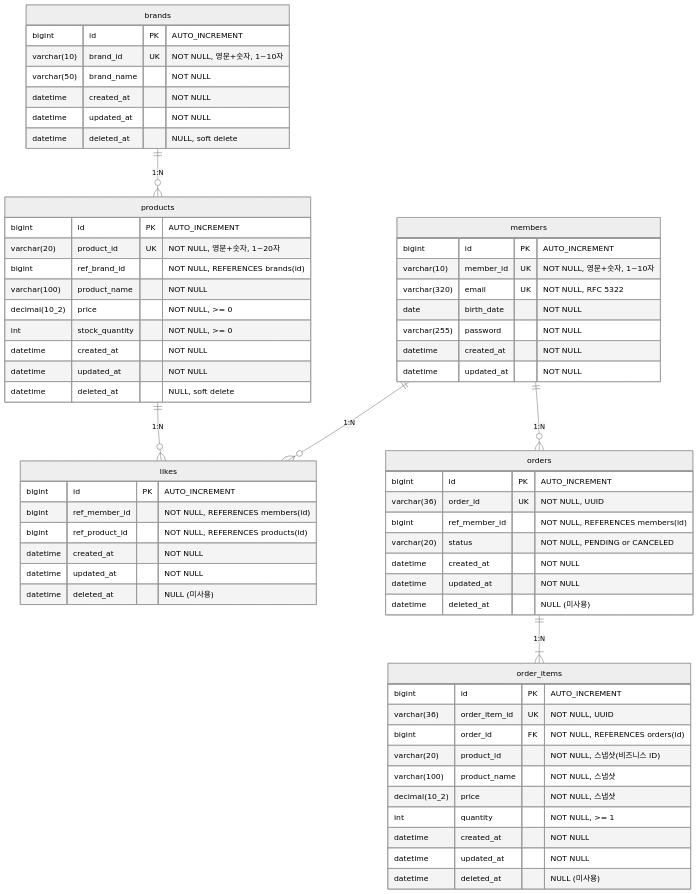
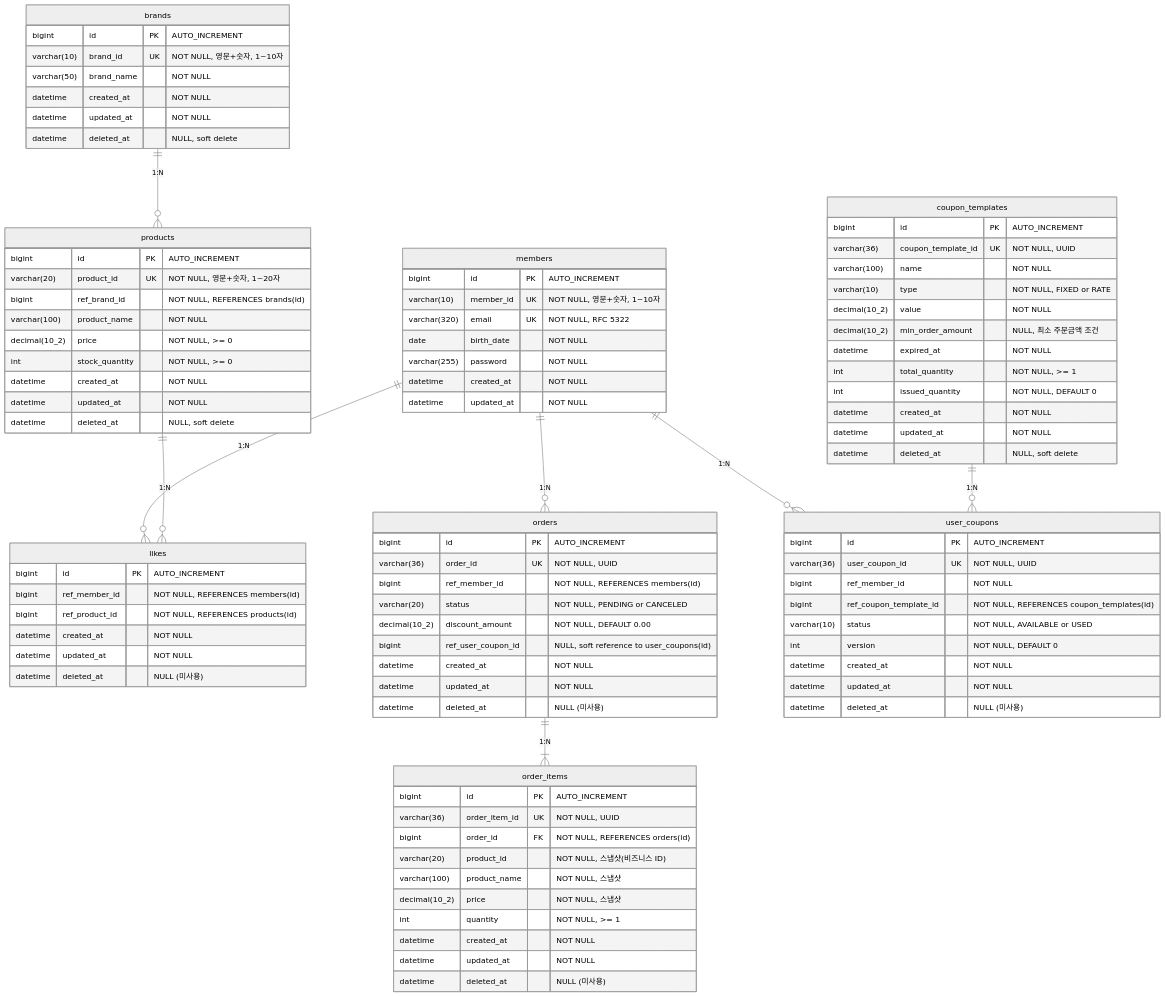
One commit to YoHanKi/loop-pack-be-l2-vol3-java changed the diagram in docs/design/04-erd.md. Above: the diagram before and after it, drawn with Mermaid (neutral theme). The commit also changed other lines of this file and 5 other files, not shown here.

Commit message:
docs: 쿠폰 도메인 요구사항/ERD 업데이트, analyze-query SKILL, .http 파일 추가

```diff
--- a/docs/design/04-erd.md
+++ b/docs/design/04-erd.md
@@ -22,9 +22,11 @@
 erDiagram
     members ||--o{ likes : "1:N"
     members ||--o{ orders : "1:N"
+    members ||--o{ user_coupons : "1:N"
     brands ||--o{ products : "1:N"
     products ||--o{ likes : "1:N"
     orders ||--|{ order_items : "1:N"
+    coupon_templates ||--o{ user_coupons : "1:N"
 
     members {
         bigint id PK "AUTO_INCREMENT"
@@ -66,11 +68,40 @@
         datetime deleted_at "NULL (미사용)"
     }
 
+    coupon_templates {
+        bigint id PK "AUTO_INCREMENT"
+        varchar(36) coupon_template_id UK "NOT NULL, UUID"
+        varchar(100) name "NOT NULL"
+        varchar(10) type "NOT NULL, FIXED or RATE"
+        decimal(10_2) value "NOT NULL"
+        decimal(10_2) min_order_amount "NULL, 최소 주문금액 조건"
+        datetime expired_at "NOT NULL"
+        int total_quantity "NOT NULL, >= 1"
+        int issued_quantity "NOT NULL, DEFAULT 0"
+        datetime created_at "NOT NULL"
+        datetime updated_at "NOT NULL"
+        datetime deleted_at "NULL, soft delete"
+    }
+
+    user_coupons {
+        bigint id PK "AUTO_INCREMENT"
+        varchar(36) user_coupon_id UK "NOT NULL, UUID"
+        bigint ref_member_id "NOT NULL"
+        bigint ref_coupon_template_id "NOT NULL, REFERENCES coupon_templates(id)"
+        varchar(10) status "NOT NULL, AVAILABLE or USED"
+        int version "NOT NULL, DEFAULT 0"
+        datetime created_at "NOT NULL"
+        datetime updated_at "NOT NULL"
+        datetime deleted_at "NULL (미사용)"
+    }
+
     orders {
         bigint id PK "AUTO_INCREMENT"
         varchar(36) order_id UK "NOT NULL, UUID"
         bigint ref_member_id "NOT NULL, REFERENCES members(id)"
         varchar(20) status "NOT NULL, PENDING or CANCELED"
+        decimal(10_2) discount_amount "NOT NULL, DEFAULT 0.00"
+        bigint ref_user_coupon_id "NULL, soft reference to user_coupons(id)"
         datetime created_at "NOT NULL"
         datetime updated_at "NOT NULL"
         datetime deleted_at "NULL (미사용)"
```
